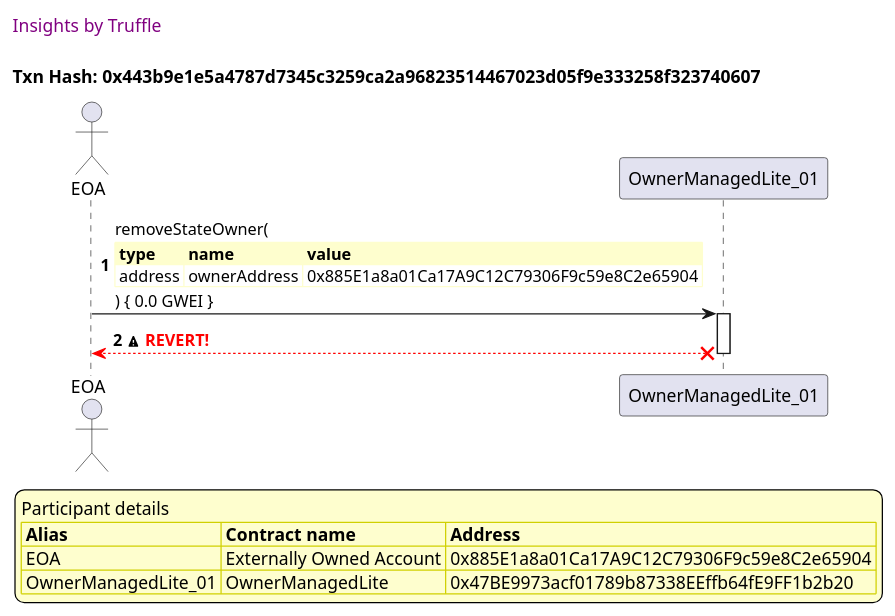
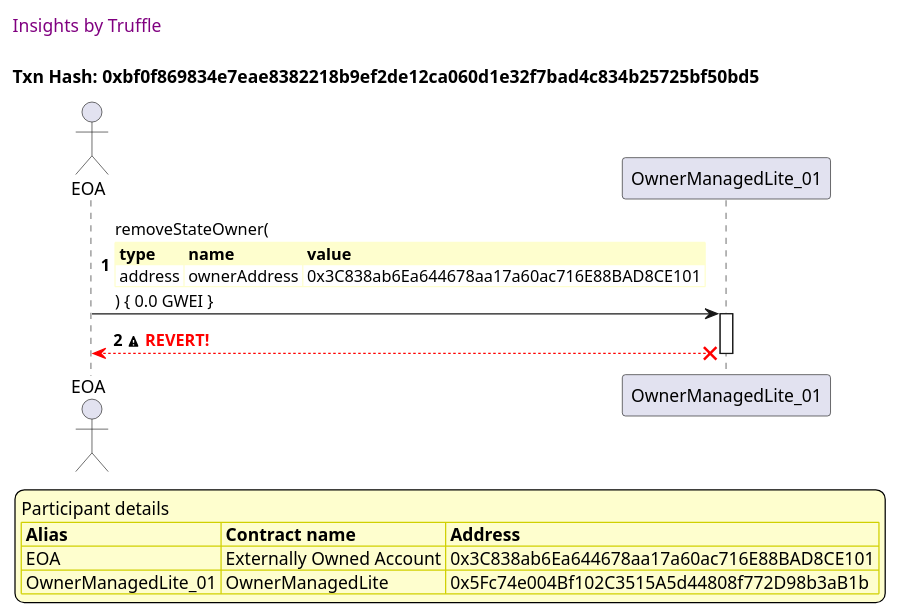
One commit to thedarkjester/ConsensysAssignment changed diagram 12 of 49 in truffle-seq/OwnerManagedLite_test_remove_owner.md. Above: the diagram before and after it, drawn with PlantUML. The commit also changed other lines of this file and 13 other files, not shown here.

````diff
--- a/truffle-seq/OwnerManagedLite_test_remove_owner.md
+++ b/truffle-seq/OwnerManagedLite_test_remove_owner.md
@@ -535,41 +535,41 @@
 ```plantuml
 
 
 @startuml
 
 autonumber
 skinparam legendBackgroundColor #FEFECE
 
 <style>
       header {
         HorizontalAlignment left
         FontColor purple
         FontSize 14
         Padding 10
       }
     </style>
 
 header Insights by Truffle
 
-title Txn Hash: 0x443b9e1e5a4787d7345c3259ca2a96823514467023d05f9e333258f323740607
+title Txn Hash: 0xbf0f869834e7eae8382218b9ef2de12ca060d1e32f7bad4c834b25725bf50bd5
 
 
 actor EOA as "EOA"
 participant OwnerManagedLite_01 as "OwnerManagedLite_01"
 
 "EOA" -> "OwnerManagedLite_01" ++: removeStateOwner(\n\
 <#FEFECE,#FEFECE>|= type |= name |= value |\n\
-| address | ownerAddress | 0x885E1a8a01Ca17A9C12C79306F9c59e8C2e65904 |\n\
+| address | ownerAddress | 0x3C838ab6Ea644678aa17a60ac716E88BAD8CE101 |\n\
 ) { 0.0 GWEI }
 "OwnerManagedLite_01" x-[#red]-> "EOA" --: <&warning> <color #red>**REVERT!**</color>
 deactivate "OwnerManagedLite_01"
 
 legend
 Participant details
 <#FEFECE,#D0D000>|= Alias |= Contract name |= Address |
-<#FEFECE>| EOA | Externally Owned Account | 0x885E1a8a01Ca17A9C12C79306F9c59e8C2e65904 |
-<#FEFECE>| OwnerManagedLite_01 | OwnerManagedLite | 0x47BE9973acf01789b87338EEffb64fE9FF1b2b20 |
+<#FEFECE>| EOA | Externally Owned Account | 0x3C838ab6Ea644678aa17a60ac716E88BAD8CE101 |
+<#FEFECE>| OwnerManagedLite_01 | OwnerManagedLite | 0x5Fc74e004Bf102C3515A5d44808f772D98b3aB1b |
 endlegend
 
 @enduml
 ```
````
